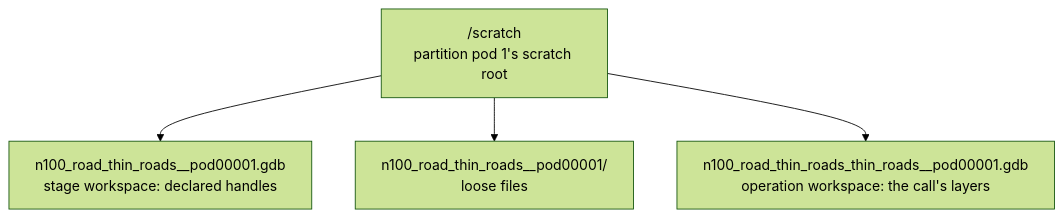
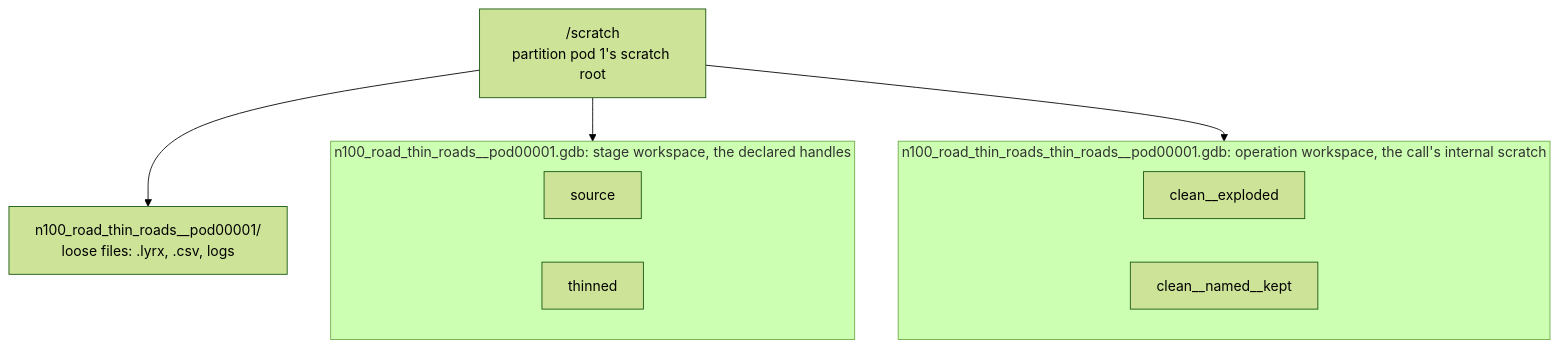
One commit to kartverket/automatisk-generalisering changed the second of 5 diagrams in docs/user_guide/scratch.md. Above: the diagram before and after it, drawn with Mermaid (forest theme). The commit also changed other lines of this file and 2 other files, not shown here.

Commit message:
Scratch guide: show what each workspace holds

````diff
--- a/docs/user_guide/scratch.md
+++ b/docs/user_guide/scratch.md
@@ -48,6 +51,15 @@
 ```mermaid
 flowchart TB
-    root["/scratch<br/>partition pod 1's scratch root"] --> stage["n100_road_thin_roads__pod00001.gdb<br/>stage workspace: declared handles"]
-    root --> loose["n100_road_thin_roads__pod00001/<br/>loose files"]
-    root --> op["n100_road_thin_roads_thin_roads__pod00001.gdb<br/>operation workspace: the call's layers"]
+    root["/scratch<br/>partition pod 1's scratch root"]
+    root --> stage
+    root --> loose["n100_road_thin_roads__pod00001/<br/>loose files: .lyrx, .csv, logs"]
+    root --> op
+    subgraph stage["n100_road_thin_roads__pod00001.gdb: stage workspace, the declared handles"]
+        source["source"]
+        thinned["thinned"]
+    end
+    subgraph op["n100_road_thin_roads_thin_roads__pod00001.gdb: operation workspace, the call's internal scratch"]
+        exploded["clean__exploded"]
+        kept["clean__named__kept"]
+    end
 ```
````
